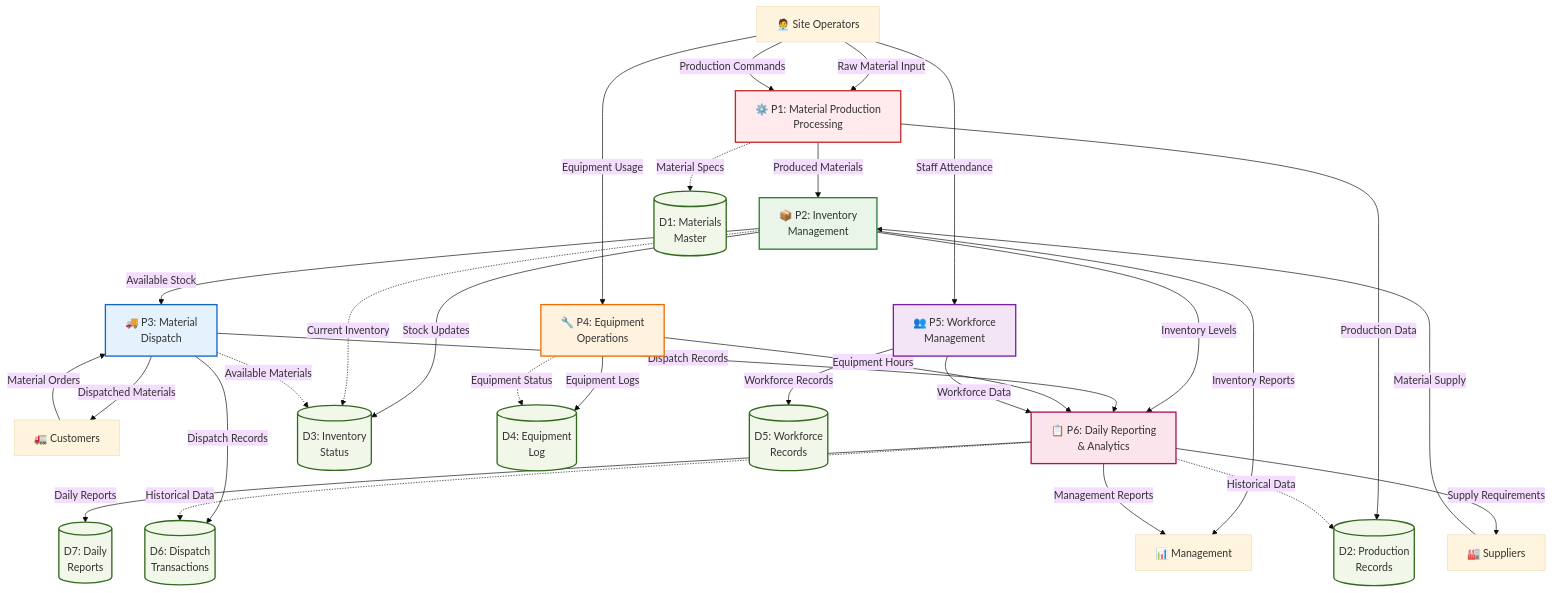
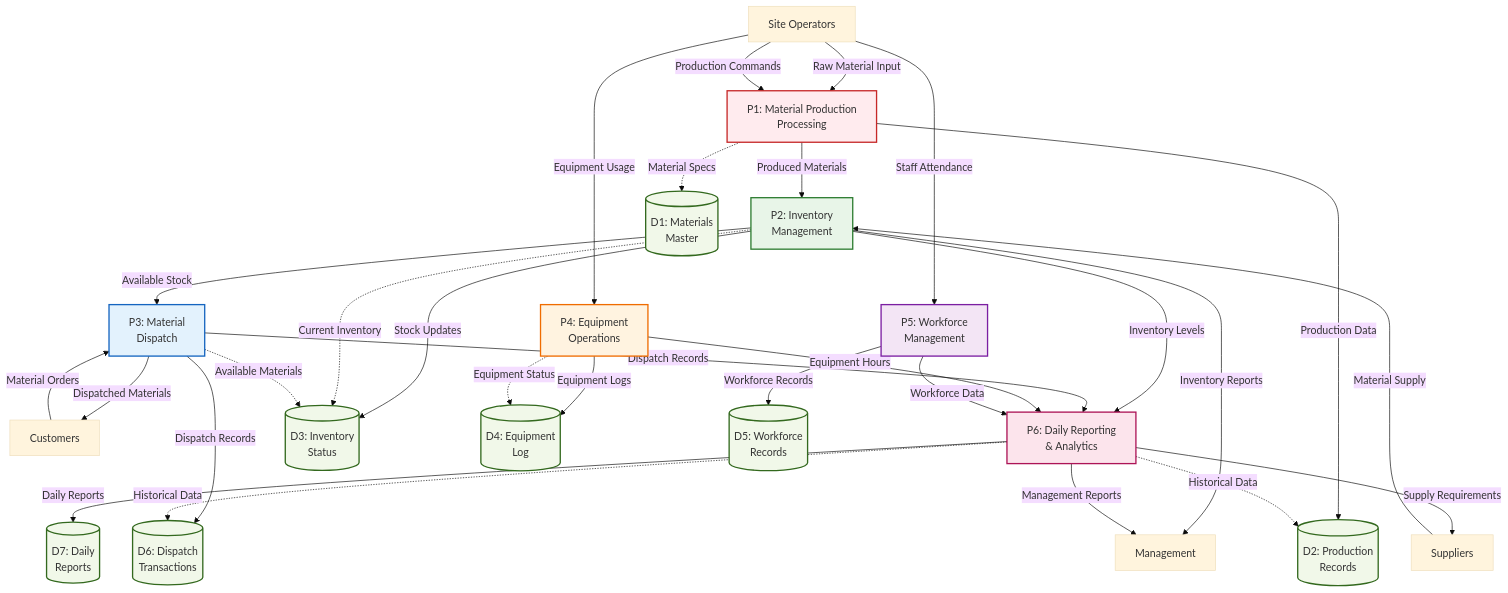
The second of 7 diagrams in docs/Comprehensive_DFD_Schema.md (silentmot/excel), drawn with Mermaid (base theme) before and after one commit. The commit also changed other lines of this file and 46 other files, not shown here.

````diff
--- a/docs/Comprehensive_DFD_Schema.md
+++ b/docs/Comprehensive_DFD_Schema.md
@@ -70,77 +70,77 @@
 ```mermaid
 graph TB
     %% External Entities
-    Operators[🧑‍💼 Site Operators]
-    Management[📊 Management]
-    Customers[🚛 Customers]
-    Suppliers[🏭 Suppliers]
+    Operators[Site Operators]
+    Management[Management]
+    Customers[Customers]
+    Suppliers[Suppliers]
 
     %% Main Processes
-    P1[⚙️ P1: Material Production<br/>Processing]
-    P2[📦 P2: Inventory<br/>Management]
-    P3[🚚 P3: Material<br/>Dispatch]
-    P4[🔧 P4: Equipment<br/>Operations]
-    P5[👥 P5: Workforce<br/>Management]
-    P6[📋 P6: Daily Reporting<br/>& Analytics]
+    P1[P1: Material Production<br/>Processing]
+    P2[P2: Inventory<br/>Management]
+    P3[P3: Material<br/>Dispatch]
+    P4[P4: Equipment<br/>Operations]
+    P5[P5: Workforce<br/>Management]
+    P6[P6: Daily Reporting<br/>& Analytics]
 
     %% Data Stores
     DS1[(D1: Materials<br/>Master)]
     DS2[(D2: Production<br/>Records)]
     DS3[(D3: Inventory<br/>Status)]
     DS4[(D4: Equipment<br/>Log)]
     DS5[(D5: Workforce<br/>Records)]
     DS6[(D6: Dispatch<br/>Transactions)]
     DS7[(D7: Daily<br/>Reports)]
 
     %% Input Flows
     Operators -->|Raw Material Input| P1
     Operators -->|Production Commands| P1
     Operators -->|Equipment Usage| P4
     Operators -->|Staff Attendance| P5
     Customers -->|Material Orders| P3
     Suppliers -->|Material Supply| P2
 
     %% Process Interconnections
     P1 -->|Produced Materials| P2
     P2 -->|Available Stock| P3
     P2 -->|Inventory Levels| P6
     P3 -->|Dispatch Records| P6
     P4 -->|Equipment Hours| P6
     P5 -->|Workforce Data| P6
 
     %% Data Store Interactions
     P1 -.->|Material Specs| DS1
     P1 -->|Production Data| DS2
     P2 -->|Stock Updates| DS3
     P2 -.->|Current Inventory| DS3
     P3 -->|Dispatch Records| DS6
     P3 -.->|Available Materials| DS3
     P4 -->|Equipment Logs| DS4
     P4 -.->|Equipment Status| DS4
     P5 -->|Workforce Records| DS5
     P6 -->|Daily Reports| DS7
     P6 -.->|Historical Data| DS2
     P6 -.->|Historical Data| DS6
 
     %% Output Flows
     P2 -->|Inventory Reports| Management
     P3 -->|Dispatched Materials| Customers
     P6 -->|Management Reports| Management
     P6 -->|Supply Requirements| Suppliers
 
     %% Styling
     style P1 fill:#ffebee,stroke:#c62828,stroke-width:2px
     style P2 fill:#e8f5e8,stroke:#2e7d32,stroke-width:2px
     style P3 fill:#e3f2fd,stroke:#1565c0,stroke-width:2px
     style P4 fill:#fff3e0,stroke:#ef6c00,stroke-width:2px
     style P5 fill:#f3e5f5,stroke:#7b1fa2,stroke-width:2px
     style P6 fill:#fce4ec,stroke:#ad1457,stroke-width:2px
 
     style DS1 fill:#f1f8e9,stroke:#33691e,stroke-width:2px
     style DS2 fill:#f1f8e9,stroke:#33691e,stroke-width:2px
     style DS3 fill:#f1f8e9,stroke:#33691e,stroke-width:2px
     style DS4 fill:#f1f8e9,stroke:#33691e,stroke-width:2px
     style DS5 fill:#f1f8e9,stroke:#33691e,stroke-width:2px
     style DS6 fill:#f1f8e9,stroke:#33691e,stroke-width:2px
     style DS7 fill:#f1f8e9,stroke:#33691e,stroke-width:2px
 ```
````
